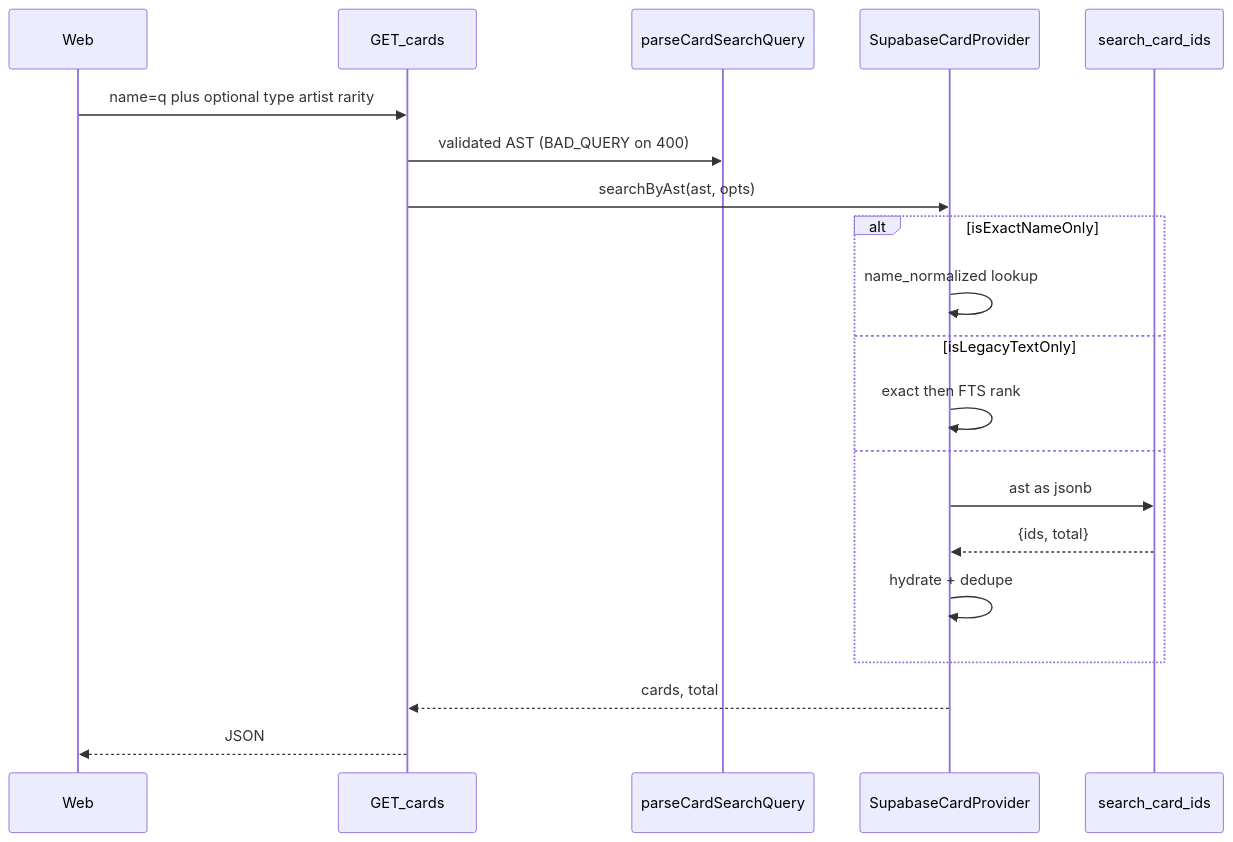
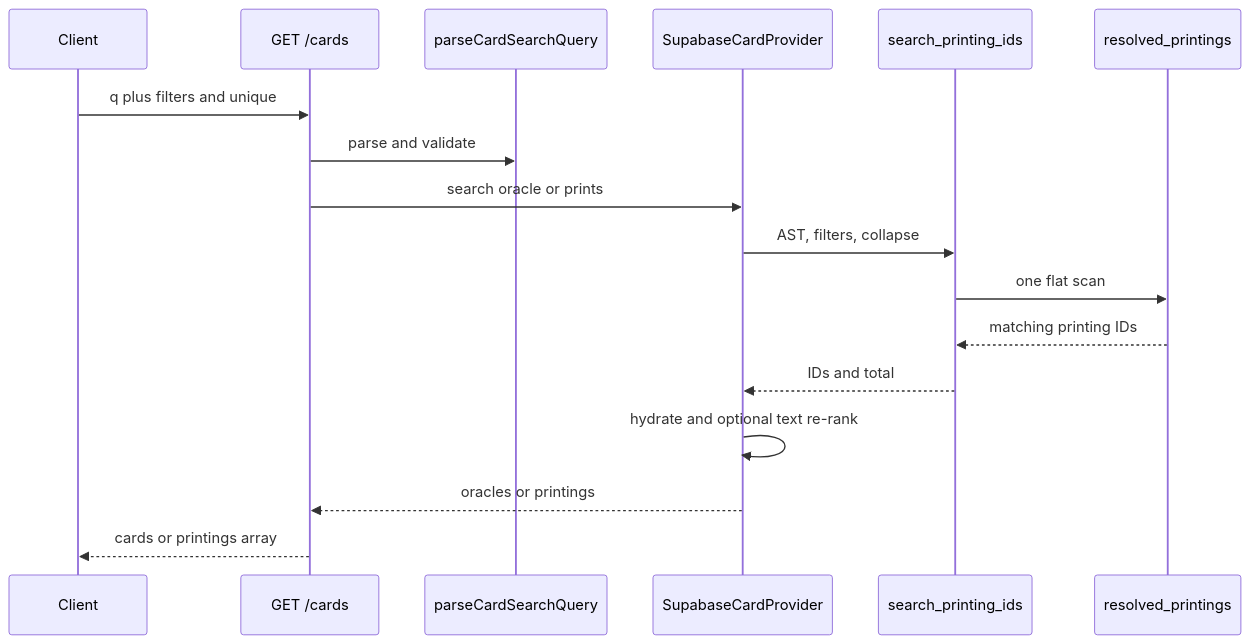
Before and after one commit to EggsLeggs/Riftseer: the diagram in packages/api/docs/search.md, drawn with Mermaid. The commit also changed other lines of this file and 14 other files, not shown here.

First line of the commit message:
Keep client card views aligned with oracle ownership

````diff
--- a/packages/api/docs/search.md
+++ b/packages/api/docs/search.md
@@ -91,23 +111,20 @@
 ```mermaid
 sequenceDiagram
-  participant Web
-  participant API as GET_cards
-  participant Parse as parseCardSearchQuery
-  participant Prov as SupabaseCardProvider
-  participant RPC as search_card_ids
+  participant Client
+  participant API as GET /cards
+  participant Parser as parseCardSearchQuery
+  participant Provider as SupabaseCardProvider
+  participant RPC as search_printing_ids
+  participant Projection as resolved_printings
 
-  Web->>API: name=q plus optional type artist rarity
-  API->>Parse: validated AST (BAD_QUERY on 400)
-  API->>Prov: searchByAst(ast, opts)
-  alt isExactNameOnly
-    Prov->>Prov: name_normalized lookup
-  else isLegacyTextOnly
-    Prov->>Prov: exact then FTS rank
-  else
-    Prov->>RPC: ast as jsonb
-    RPC-->>Prov: {ids, total}
-    Prov->>Prov: hydrate + dedupe
-  end
-  Prov-->>API: cards, total
-  API-->>Web: JSON
+  Client->>API: q plus filters and unique
+  API->>Parser: parse and validate
+  API->>Provider: search oracle or prints
+  Provider->>RPC: AST, filters, collapse
+  RPC->>Projection: one flat scan
+  Projection-->>RPC: matching printing IDs
+  RPC-->>Provider: IDs and total
+  Provider->>Provider: hydrate and optional text re-rank
+  Provider-->>API: oracles or printings
+  API-->>Client: cards or printings array
 ```
````
